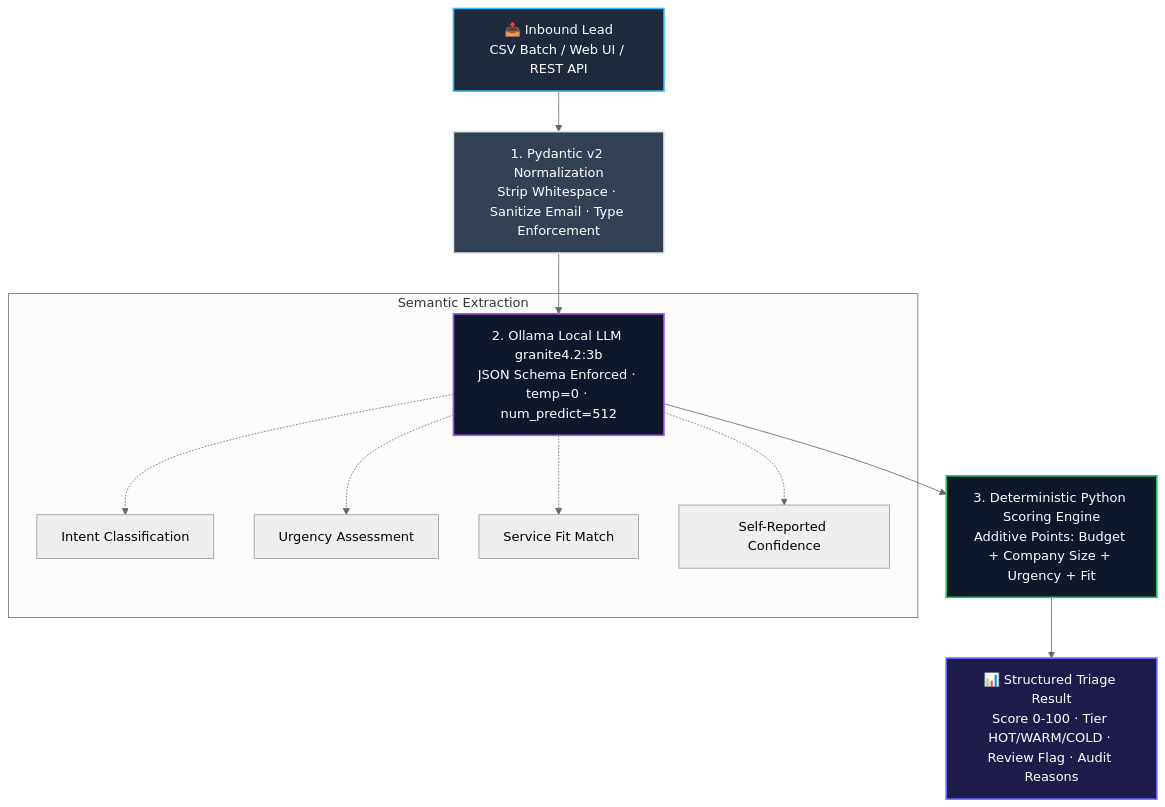
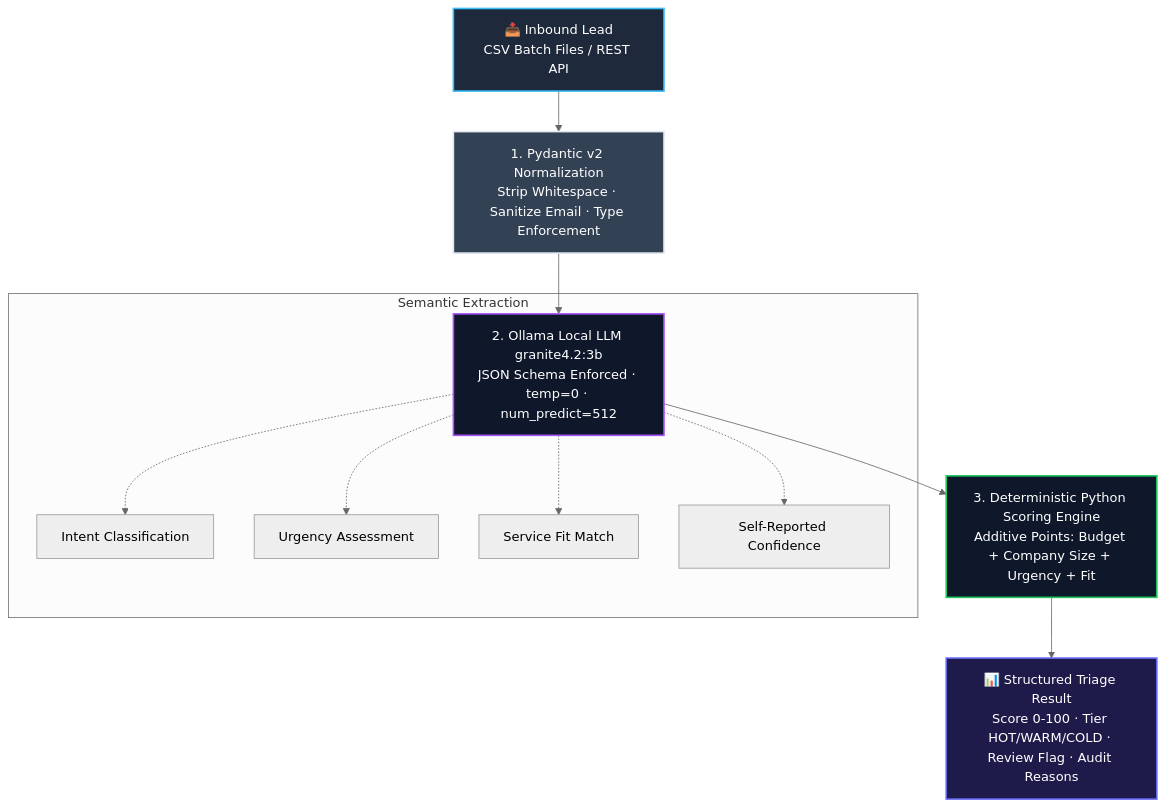
Before and after one commit to stefanus-ai-tech/LeadPilot: the diagram in README.md, drawn with Mermaid (neutral theme). The commit also changed other lines of this file, not shown here.

````diff
--- a/README.md
+++ b/README.md
@@ -67,23 +67,23 @@
 ```mermaid
 flowchart TD
     classDef input fill:#1e293b,stroke:#38bdf8,stroke-width:2px,color:#fff;
     classDef pydantic fill:#334155,stroke:#e2e8f0,stroke-width:2px,color:#fff;
     classDef llm fill:#0f172a,stroke:#a855f7,stroke-width:2px,color:#fff;
     classDef score fill:#0f172a,stroke:#22c55e,stroke-width:2px,color:#fff;
     classDef out fill:#1e1b4b,stroke:#6366f1,stroke-width:2px,color:#fff;
 
-    A[📥 Inbound Lead<br/>CSV Batch / Web UI / REST API]:::input --> B[1. Pydantic v2 Normalization<br/>Strip Whitespace · Sanitize Email · Type Enforcement]:::pydantic
+    A[📥 Inbound Lead<br/>CSV Batch Files / REST API]:::input --> B[1. Pydantic v2 Normalization<br/>Strip Whitespace · Sanitize Email · Type Enforcement]:::pydantic
     
     B --> C[2. Ollama Local LLM granite4.2:3b<br/>JSON Schema Enforced · temp=0 · num_predict=512]:::llm
     
     subgraph S1 [Semantic Extraction]
         C -.-> D1[Intent Classification]
         C -.-> D2[Urgency Assessment]
         C -.-> D3[Service Fit Match]
         C -.-> D4[Self-Reported Confidence]
     end
 
     C --> E[3. Deterministic Python Scoring Engine<br/>Additive Points: Budget + Company Size + Urgency + Fit]:::score
 
     E --> F[📊 Structured Triage Result<br/>Score 0-100 · Tier HOT/WARM/COLD · Review Flag · Audit Reasons]:::out
 ```
````
